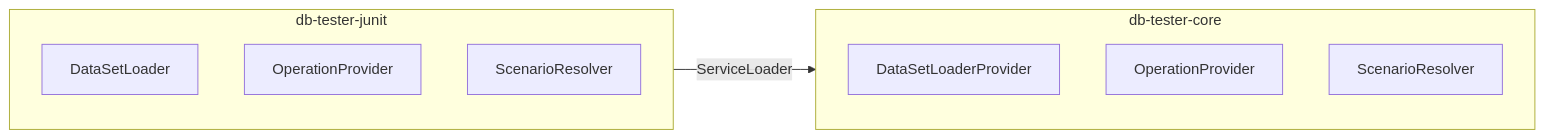
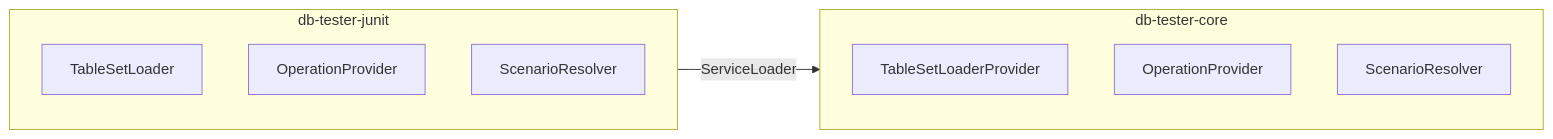
One commit to dkazi/db-tester changed the second of 2 diagrams in docs/specs/02-architecture.md. Above: the diagram before and after it, drawn with Mermaid. The commit also changed other lines of this file and 198 other files, not shown here.

````diff
--- a/docs/specs/02-architecture.md
+++ b/docs/specs/02-architecture.md
@@ -143,16 +143,16 @@
 ```mermaid
 flowchart LR
     subgraph JUNIT[db-tester-junit]
-        U1[DataSetLoader]
+        U1[TableSetLoader]
         U2[OperationProvider]
         U3[ScenarioResolver]
     end
 
     subgraph CORE[db-tester-core]
-        P1[DataSetLoaderProvider]
+        P1[TableSetLoaderProvider]
         P2[OperationProvider]
         P3[ScenarioResolver]
     end
 
     JUNIT -->|ServiceLoader| CORE
 ```
````
